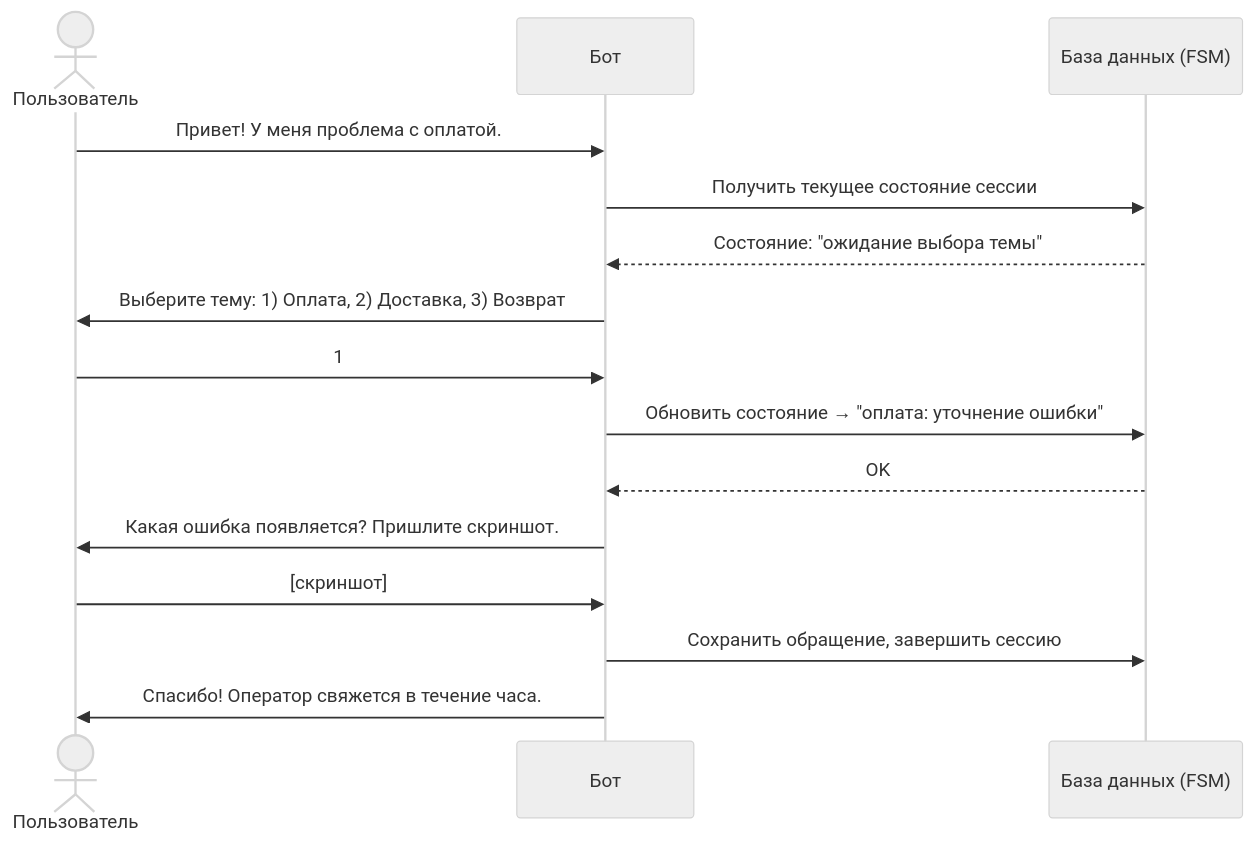
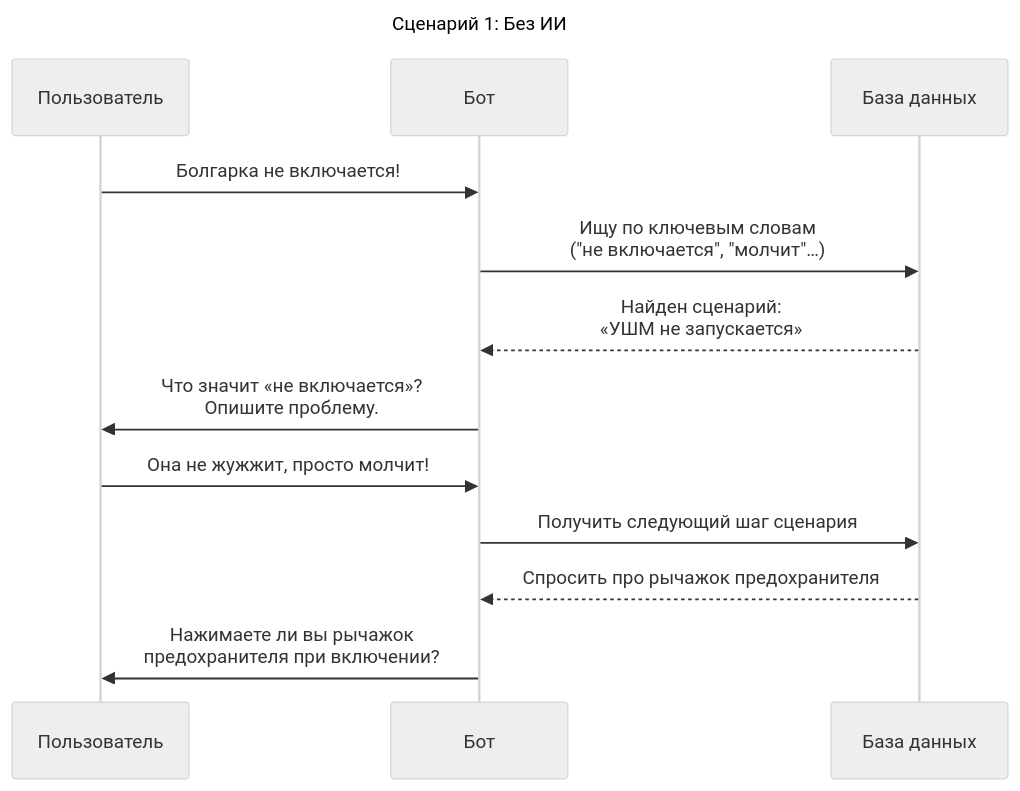
The first of 2 diagrams in diagrams/sequences.md (ZorinIvanA/tgbot-electro-tools), drawn with Mermaid (neutral theme) before and after one commit. The commit also changed other lines of this file, not shown here.

Commit message:
обновление диаграм

````diff
--- a/diagrams/sequences.md
+++ b/diagrams/sequences.md
@@ -3,18 +3,16 @@
 ```mermaid
 sequenceDiagram
-    actor Пользователь
+    title Сценарий 1: Без ИИ
+    participant Пользователь
     participant Бот
-    participant БД as База данных (FSM)
+    participant База данных
 
-    Пользователь->>Бот: Привет! У меня проблема с оплатой.
-    Бот->>БД: Получить текущее состояние сессии
-    БД-->>Бот: Состояние: "ожидание выбора темы"
-    Бот->>Пользователь: Выберите тему: 1) Оплата, 2) Доставка, 3) Возврат
-    Пользователь->>Бот: 1
-    Бот->>БД: Обновить состояние → "оплата: уточнение ошибки"
-    БД-->>Бот: OK
-    Бот->>Пользователь: Какая ошибка появляется? Пришлите скриншот.
-    Пользователь->>Бот: [скриншот]
-    Бот->>БД: Сохранить обращение, завершить сессию
-    Бот->>Пользователь: Спасибо! Оператор свяжется в течение часа.
+    Пользователь->>Бот: Болгарка не включается!
+    Бот->>База данных: Ищу по ключевым словам<br>("не включается", "молчит"…)
+    База данных-->>Бот: Найден сценарий:<br>«УШМ не запускается»
+    Бот->>Пользователь: Что значит «не включается»?<br>Опишите проблему.
+    Пользователь->>Бот: Она не жужжит, просто молчит!
+    Бот->>База данных: Получить следующий шаг сценария
+    База данных-->>Бот: Спросить про рычажок предохранителя
+    Бот->>Пользователь: Нажимаете ли вы рычажок<br>предохранителя при включении?
 ```
````
